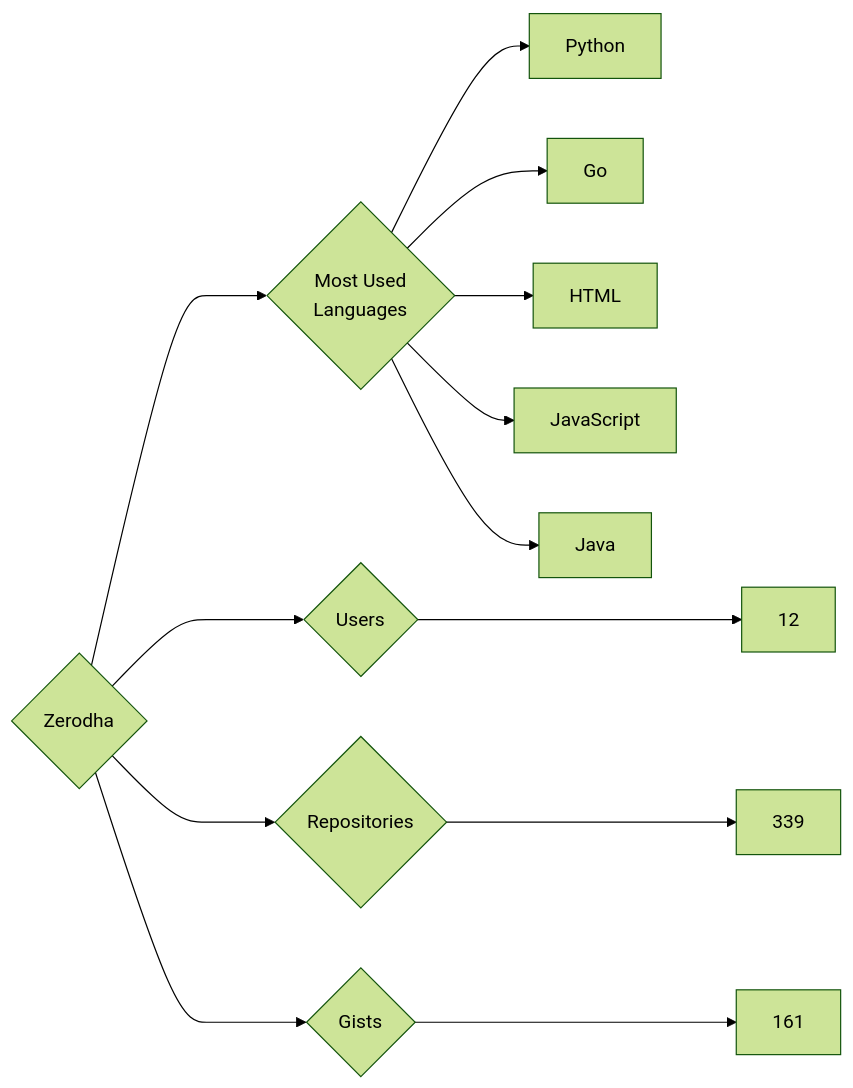
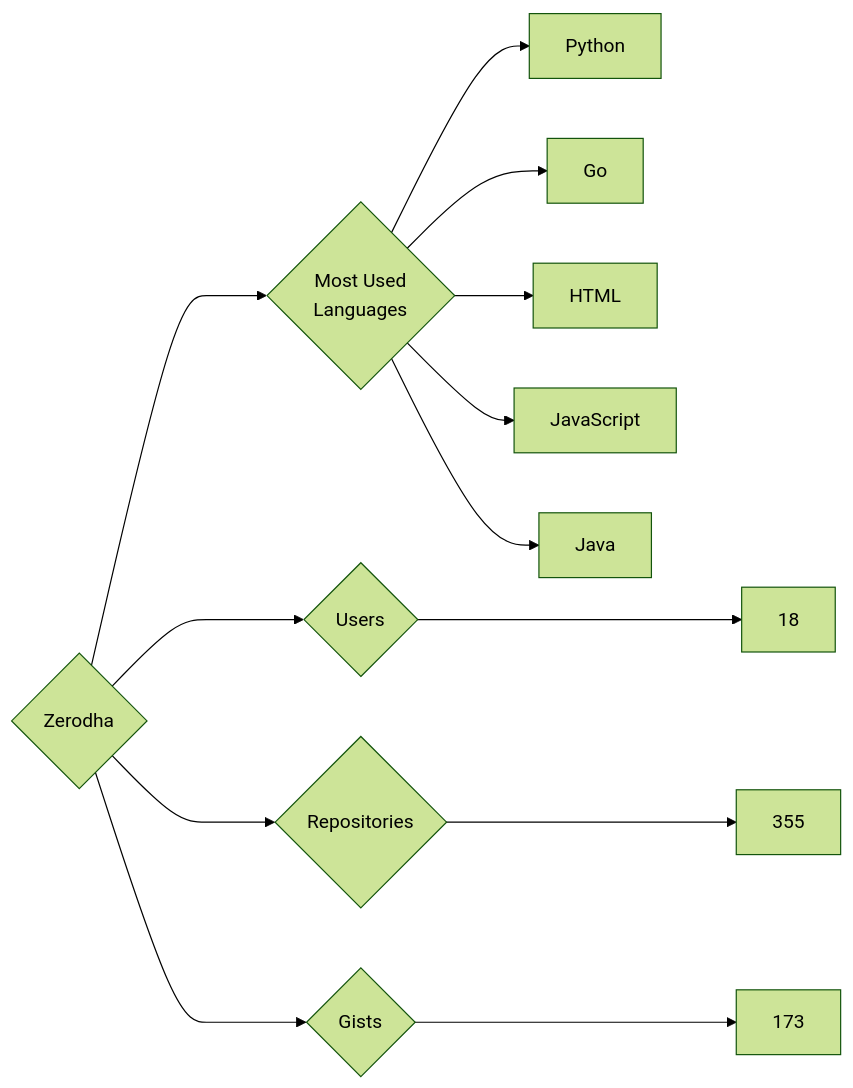
The diagram in targets/Zerodha/README.md (trickest/insiders), drawn with Mermaid (forest theme) before and after one commit. The commit also changed 895 other files, not shown here.

````diff
--- a/targets/Zerodha/README.md
+++ b/targets/Zerodha/README.md
@@ -3,13 +3,13 @@
 ```mermaid
 graph LR
 COMPANY_NAME{Zerodha}
-COMPANY_NAME ---> U{Users} ---> UN[12]
-COMPANY_NAME ---> R{Repositories} ---> RN[339]
-COMPANY_NAME ---> G{Gists} ---> GN[161]
+COMPANY_NAME ---> U{Users} ---> UN[18]
+COMPANY_NAME ---> R{Repositories} ---> RN[355]
+COMPANY_NAME ---> G{Gists} ---> GN[173]
 COMPANY_NAME ---> ML{Most Used<br>Languages}
 ML --> Python[Python]
 ML --> Go[Go]
 ML --> HTML[HTML]
 ML --> JavaScript[JavaScript]
 ML --> Java[Java]
 ```
````
